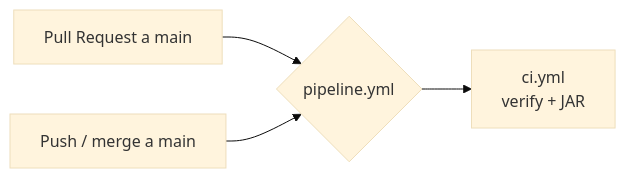
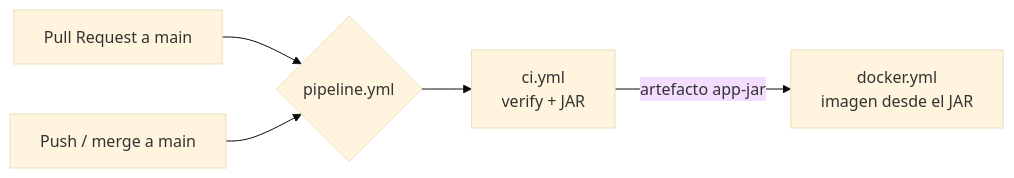
Before and after one commit to Rabedon1/taskflow-api: the diagram in docs/pipeline-flow.md, drawn with Mermaid (base theme). The commit also changed other lines of this file and 2 other files, not shown here.

Commit message:
ci: build container image once from the CI jar

````diff
--- a/docs/pipeline-flow.md
+++ b/docs/pipeline-flow.md
@@ -7,6 +7,7 @@
 ```mermaid
 flowchart LR
     PR[Pull Request a main] --> P{pipeline.yml}
     PUSH[Push / merge a main] --> P
     P --> CI[ci.yml<br/>verify + JAR]
+    CI -- artefacto app-jar --> D[docker.yml<br/>imagen desde el JAR]
 ```
````
